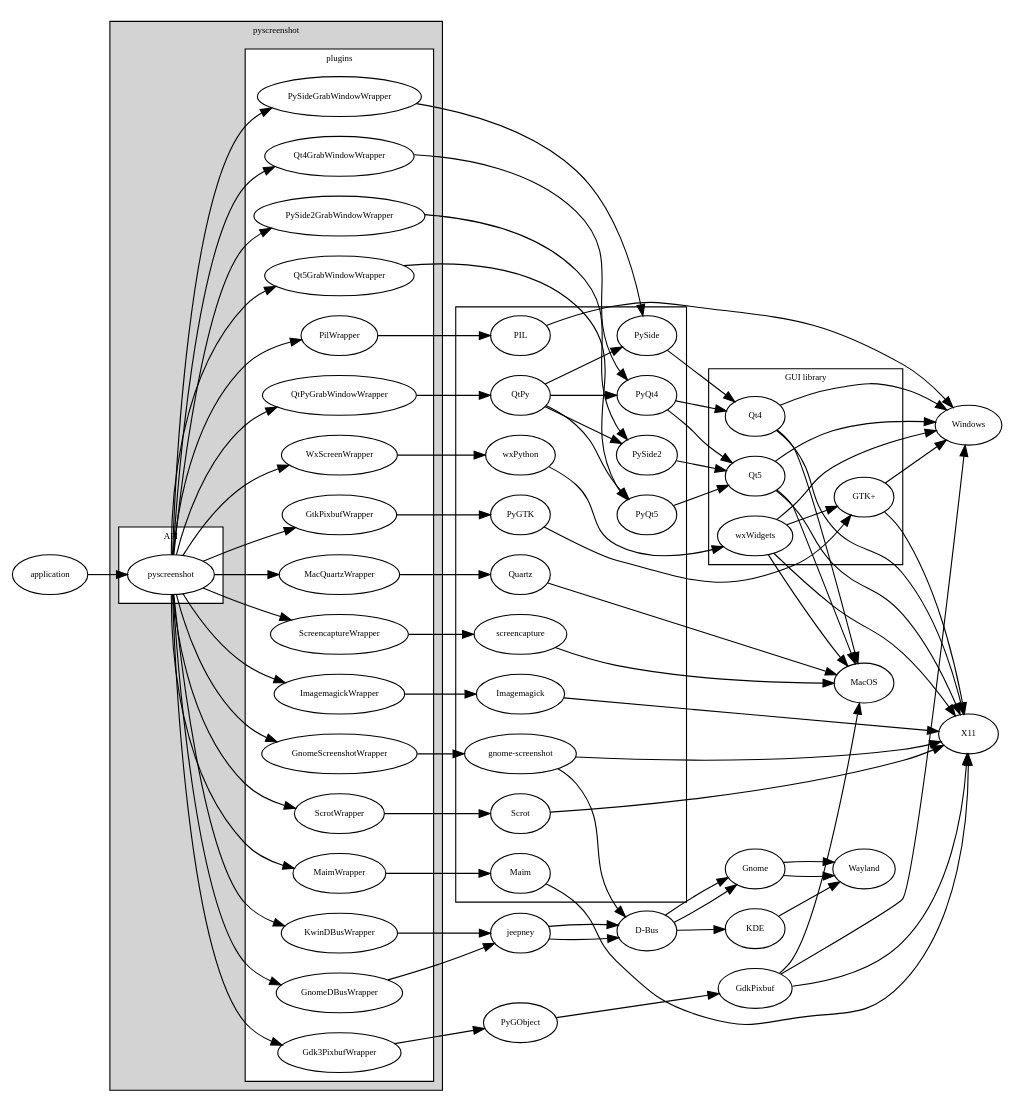
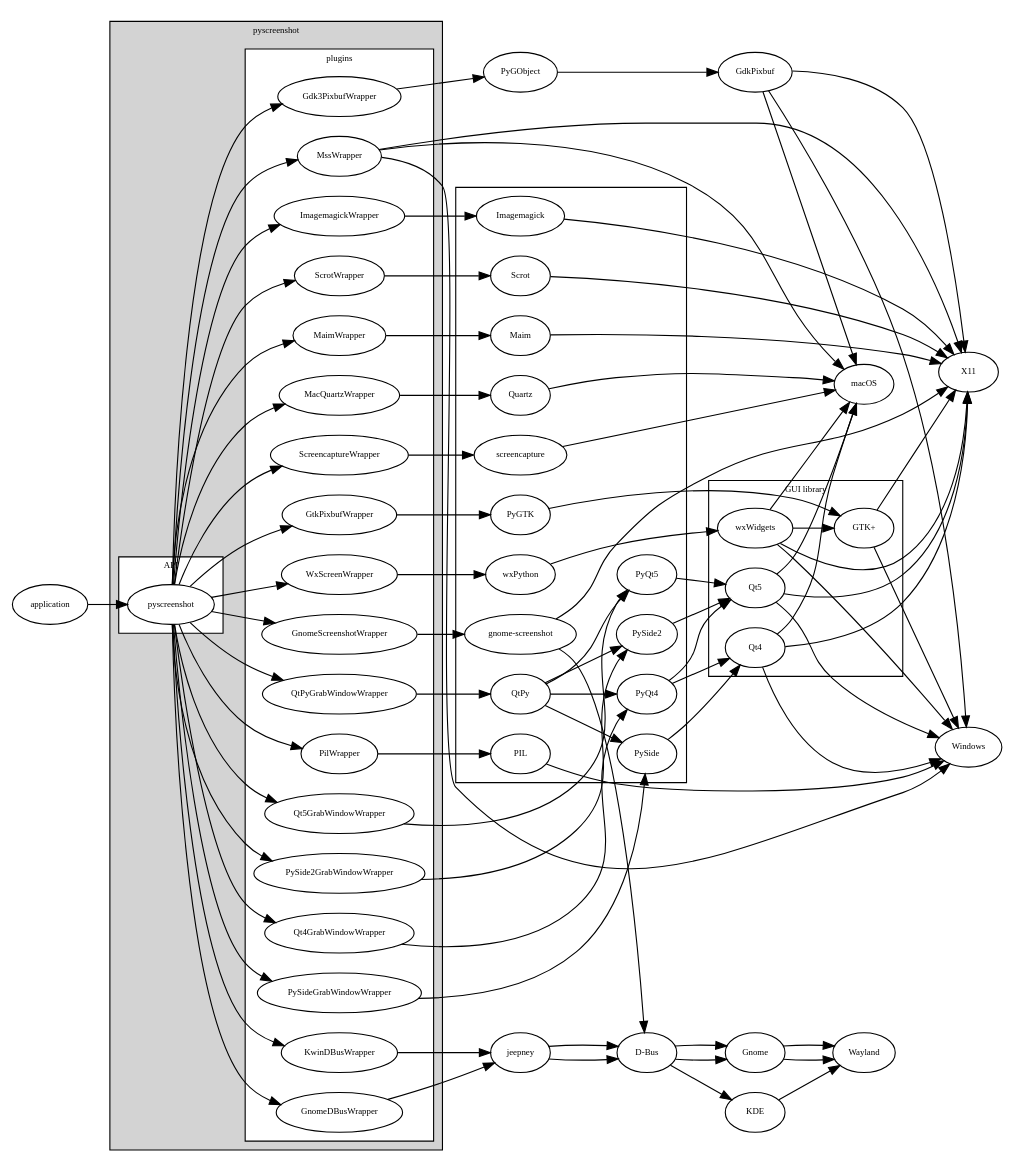
Before and after one commit to ponty/pyscreenshot: the diagram in hierarchy.dot, drawn with Graphviz.

```diff
--- a/hierarchy.dot
+++ b/hierarchy.dot
@@ -1,116 +1,121 @@
 digraph G {
     rankdir=LR;
     node [fontsize=8];
     fontsize=8;
 
     subgraph cluster_0 {
         label = "pyscreenshot";
         style=filled;
         fillcolor=lightgrey;
         subgraph cluster_1 {
             label = "API";
             style=filled;
             fillcolor=white;
 
             pyscreenshot;
         }
         subgraph cluster_2 {
             style=filled;
             fillcolor=white;
             label = "plugins";
 
             pyscreenshot -> GtkPixbufWrapper;
             pyscreenshot -> Qt4GrabWindowWrapper;
             pyscreenshot -> Qt5GrabWindowWrapper;
             pyscreenshot -> PySideGrabWindowWrapper;
             pyscreenshot -> PySide2GrabWindowWrapper;
             pyscreenshot -> QtPyGrabWindowWrapper;
             pyscreenshot -> PilWrapper;
             pyscreenshot -> ImagemagickWrapper;
             pyscreenshot -> WxScreenWrapper;
             pyscreenshot -> ScrotWrapper;
             pyscreenshot -> MaimWrapper;
             pyscreenshot -> MacQuartzWrapper
             pyscreenshot -> ScreencaptureWrapper
             pyscreenshot -> Gdk3PixbufWrapper
             pyscreenshot -> GnomeScreenshotWrapper
             pyscreenshot -> GnomeDBusWrapper
             pyscreenshot -> KwinDBusWrapper
+            pyscreenshot -> MssWrapper
         }
     }
     subgraph cluster_3 {
         PIL;
         wxPython;
         PyQt4;
         PyQt5;
         PySide;
         PySide2;
         QtPy;
         PyGTK;
         screencapture;
         Quartz;
         Scrot;
         Maim;
         Imagemagick;
         "gnome-screenshot";
     }
     subgraph cluster_4 {
         label = "GUI library";
         Qt4;
         Qt5;
         wxWidgets;
         "GTK+";
     }
 
     Qt4GrabWindowWrapper -> PyQt4 -> Qt4;
     PyQt4 -> Qt5;
     Qt5GrabWindowWrapper -> PyQt5 -> Qt5;
     PySideGrabWindowWrapper -> PySide -> Qt4;
     PySide2GrabWindowWrapper -> PySide2 -> Qt5;
     
     QtPyGrabWindowWrapper -> QtPy;
     QtPy -> PySide;
     QtPy -> PySide2;
     QtPy -> PyQt4;
     QtPy -> PyQt5;
 
-    Qt4 -> MacOS;
+    Qt4 -> macOS;
     Qt4 -> Windows;
     Qt4 -> X11;
-    Qt5 -> MacOS;
+    Qt5 -> macOS;
     Qt5 -> Windows;
     Qt5 -> X11;
 
     PilWrapper -> PIL -> Windows;
     ImagemagickWrapper -> Imagemagick -> X11;
     ScrotWrapper -> Scrot -> X11;
     MaimWrapper -> Maim -> X11;
 
     GnomeScreenshotWrapper -> "gnome-screenshot" -> X11;
     "gnome-screenshot" -> "D-Bus" -> Gnome -> Wayland;
 
     GnomeDBusWrapper -> jeepney -> "D-Bus" -> Gnome -> Wayland;
     KwinDBusWrapper -> jeepney-> "D-Bus" -> KDE -> Wayland;
 
     GtkPixbufWrapper -> PyGTK -> "GTK+";
-    //"GTK+" -> MacOS;
+    //"GTK+" -> macOS;
     "GTK+" -> Windows;
     "GTK+" -> X11;
 
     Gdk3PixbufWrapper -> PyGObject -> GdkPixbuf;
-    GdkPixbuf -> MacOS;
+    GdkPixbuf -> macOS;
     GdkPixbuf -> Windows;
     GdkPixbuf -> X11;
 
     WxScreenWrapper -> wxPython -> wxWidgets;
     wxWidgets -> "GTK+";
-    wxWidgets -> MacOS;
+    wxWidgets -> macOS;
     wxWidgets -> Windows;
     wxWidgets -> X11;
 
-    MacQuartzWrapper -> Quartz -> MacOS;
-    ScreencaptureWrapper -> screencapture -> MacOS;
+    MacQuartzWrapper -> Quartz -> macOS;
+    ScreencaptureWrapper -> screencapture -> macOS;
+
+    MssWrapper -> X11;
+    MssWrapper -> macOS;
+    MssWrapper -> Windows;
 
     application -> pyscreenshot;
 
 }
```
